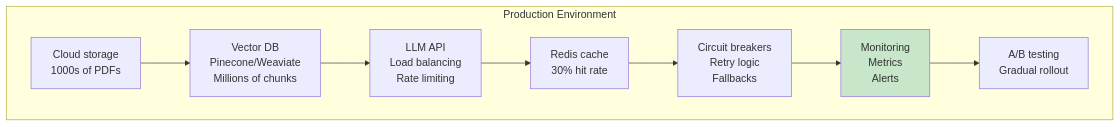
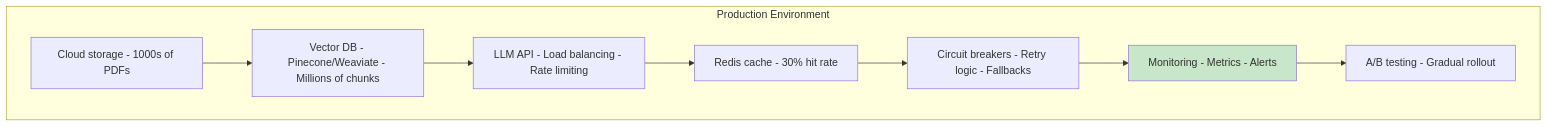
One commit to indhra/llm_rag_sec_findings changed the second of 5 diagrams in docs/learning/09-production.md. Above: the diagram before and after it, drawn with Mermaid. The commit also changed other lines of this file and 9 other files, not shown here.

````diff
--- a/docs/learning/09-production.md
+++ b/docs/learning/09-production.md
@@ -44,21 +44,21 @@
 ```mermaid
 graph TB
     subgraph "Production Environment"
-        P1[Cloud storage<br/>1000s of PDFs]
-        P2[Vector DB<br/>Pinecone/Weaviate<br/>Millions of chunks]
-        P3[LLM API<br/>Load balancing<br/>Rate limiting]
-        P4[Redis cache<br/>30% hit rate]
-        P5[Circuit breakers<br/>Retry logic<br/>Fallbacks]
-        P6[Monitoring<br/>Metrics<br/>Alerts]
-        P7[A/B testing<br/>Gradual rollout]
+        P1[Cloud storage - 1000s of PDFs]
+        P2[Vector DB - Pinecone/Weaviate - Millions of chunks]
+        P3[LLM API - Load balancing - Rate limiting]
+        P4[Redis cache - 30% hit rate]
+        P5[Circuit breakers - Retry logic - Fallbacks]
+        P6[Monitoring - Metrics - Alerts]
+        P7[A/B testing - Gradual rollout]
         
         P1 --> P2
         P2 --> P3
         P3 --> P4
         P4 --> P5
         P5 --> P6
         P6 --> P7
     end
     
     style P6 fill:#c8e6c9
 ```
````
